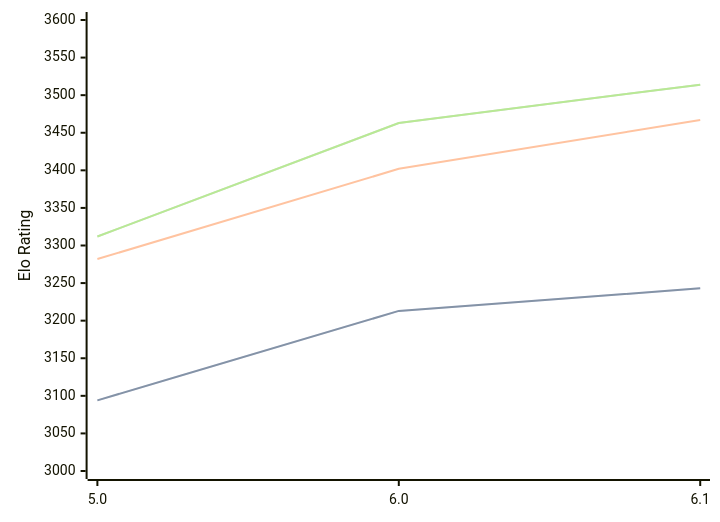
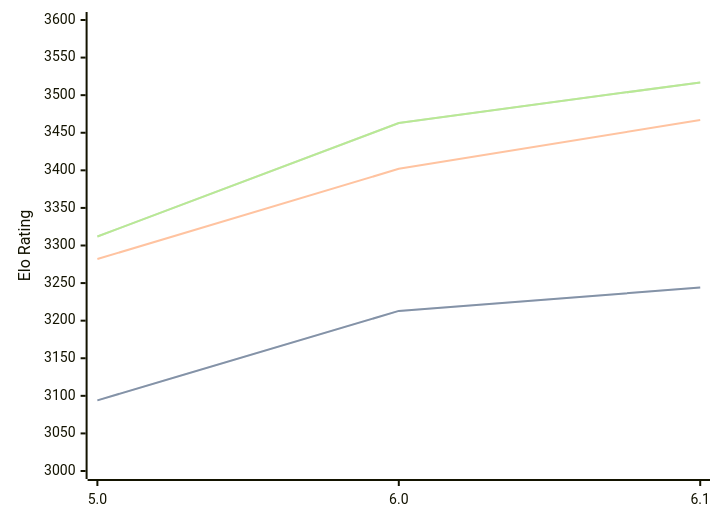
One commit to computer-chess-index/cci changed the diagram in engines/PZChessBot.md. Above: the diagram before and after it, drawn with Mermaid. The commit also changed other lines of this file, not shown here.

Commit message:
Update CCI Ratings (ELO VLTC) - 2026-03-02

````diff
--- a/engines/PZChessBot.md
+++ b/engines/PZChessBot.md
@@ -40,11 +40,11 @@
 ```mermaid
 %%{init: {"theme":"base","themeVariables":{"seriesColors:['#a3a3a3','#222221','#faa371']}}}%%
 xychart-beta
   x-axis ["5.0", "6.0", "6.1"]
   y-axis "Elo Rating" 3000 --> 3600
-  line "STC (8.0+0.08s)" [3094, 3213, 3243]
-  line "STC (8.0+0.08s)" [3094, 3213, 3243]
+  line "STC (8.0+0.08s)" [3094, 3213, 3244]
+  line "STC (8.0+0.08s)" [3094, 3213, 3244]
   line "LTC (60.0+0.60s)" [3282, 3402, 3467]
-  line "VLTC (2m24s+1.12s)" [3312, 3463, 3514]
-  line "VLTC (2m24s+1.12s)" [3312, 3463, 3514]
+  line "VLTC (2m24s+1.12s)" [3312, 3463, 3517]
+  line "VLTC (2m24s+1.12s)" [3312, 3463, 3517]
 ```
````
